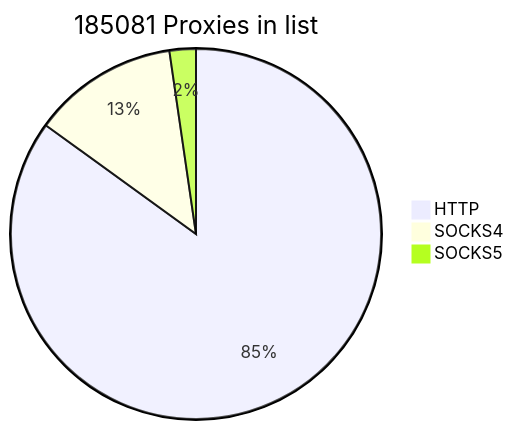
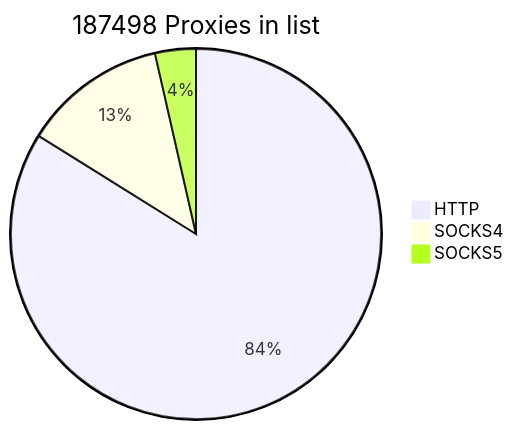
The first of 2 diagrams in README.md (cutipu/proxylist), drawn with Mermaid before and after one commit. The commit also changed other lines of this file, not shown here.

````diff
--- a/README.md
+++ b/README.md
@@ -2,7 +2,7 @@
 ```mermaid
-pie title 185081 Proxies in list
-    "HTTP" : 157266
-    "SOCKS4" : 23557
-    "SOCKS5" : 4258
+pie title 187498 Proxies in list
+    "HTTP" : 157265
+    "SOCKS4" : 23561
+    "SOCKS5" : 6672
             
 ```
````
